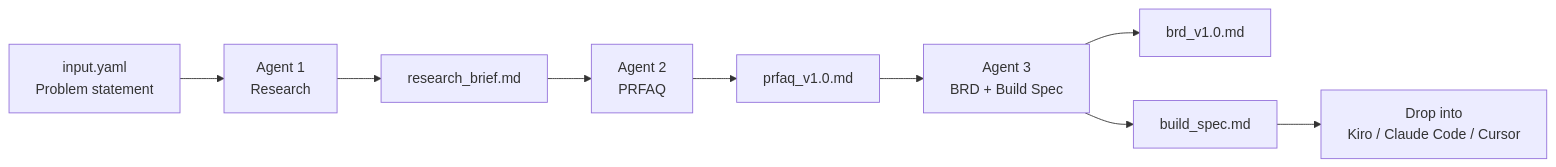
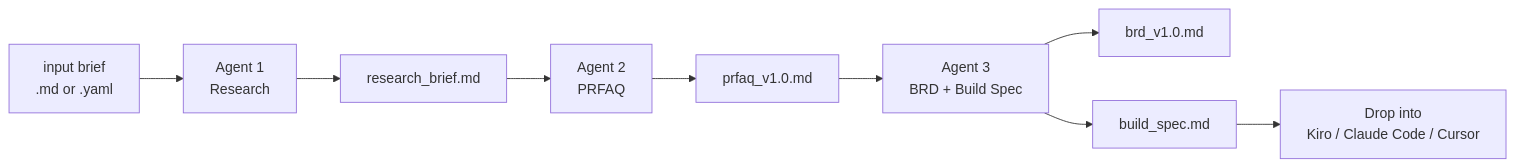
One commit to joegarvey-ai/pm-working-backwards-agent changed the diagram in README.md. Above: the diagram before and after it, drawn with Mermaid. The commit also changed other lines of this file and 4 other files, not shown here.

````diff
--- a/README.md
+++ b/README.md
@@ -9,11 +9,11 @@
 ```mermaid
 flowchart LR
-    A[input.yaml<br/>Problem statement] --> B[Agent 1<br/>Research]
+    A[input brief<br/>.md or .yaml] --> B[Agent 1<br/>Research]
     B --> C[research_brief.md]
     C --> D[Agent 2<br/>PRFAQ]
     D --> E[prfaq_v1.0.md]
     E --> F[Agent 3<br/>BRD + Build Spec]
     F --> G[brd_v1.0.md]
     F --> I[build_spec.md]
     I --> J[Drop into<br/>Kiro / Claude Code / Cursor]
 ```
````
